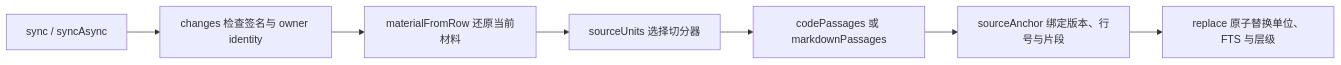
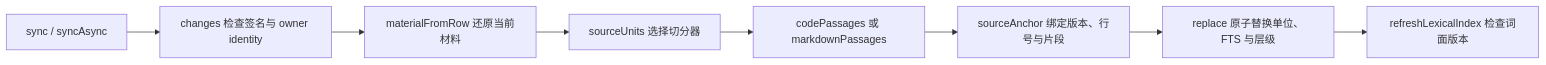
Before and after one commit to lejunyang/omem: the diagram in .repo-review/knowledge/articles/130cdb6c662c51b13762227a6e5989994935a42467c7e55412ace7eb689e1d4f.md, drawn with Mermaid. The commit also changed other lines of this file and 5 other files, not shown here.

````diff
--- a/.repo-review/knowledge/articles/130cdb6c662c51b13762227a6e5989994935a42467c7e55412ace7eb689e1d4f.md
+++ b/.repo-review/knowledge/articles/130cdb6c662c51b13762227a6e5989994935a42467c7e55412ace7eb689e1d4f.md
@@ -19,9 +19,10 @@
 ```mermaid
 flowchart LR
   A[sync / syncAsync] --> B[changes 检查签名与 owner identity]
   B --> C[materialFromRow 还原当前材料]
   C --> D[sourceUnits 选择切分器]
   D --> E[codePassages 或 markdownPassages]
   E --> F[sourceAnchor 绑定版本、行号与片段]
   F --> G[replace 原子替换单位、FTS 与层级]
+  G --> H[refreshLexicalIndex 检查词面版本]
 ```
````
